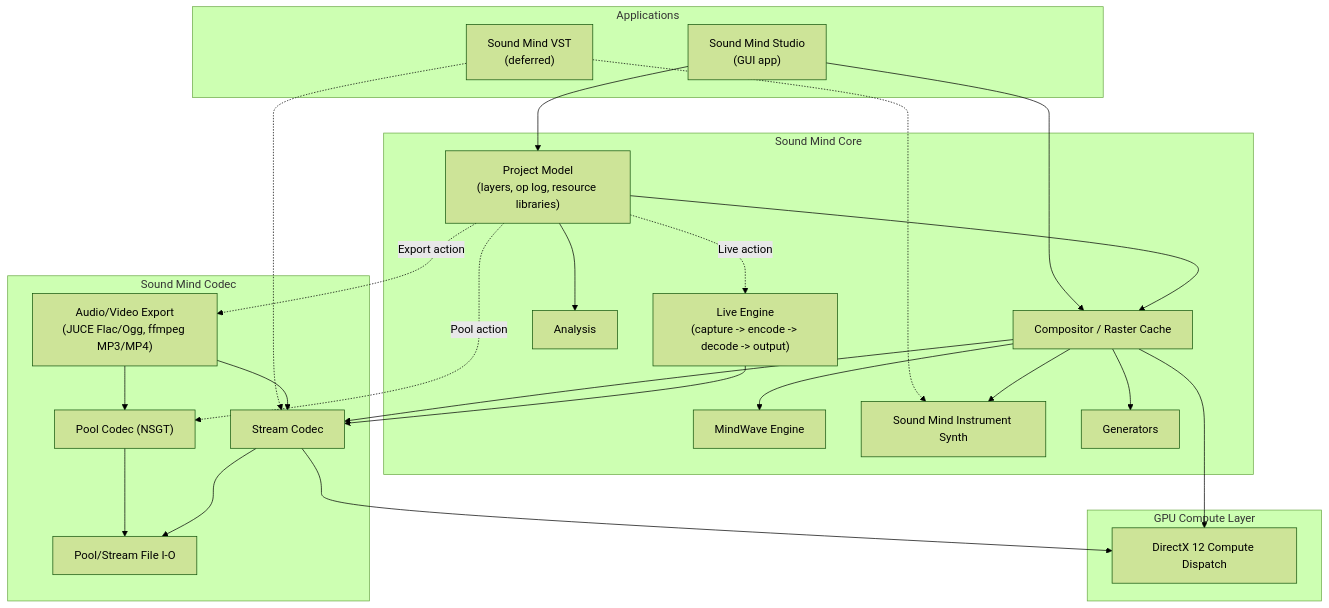
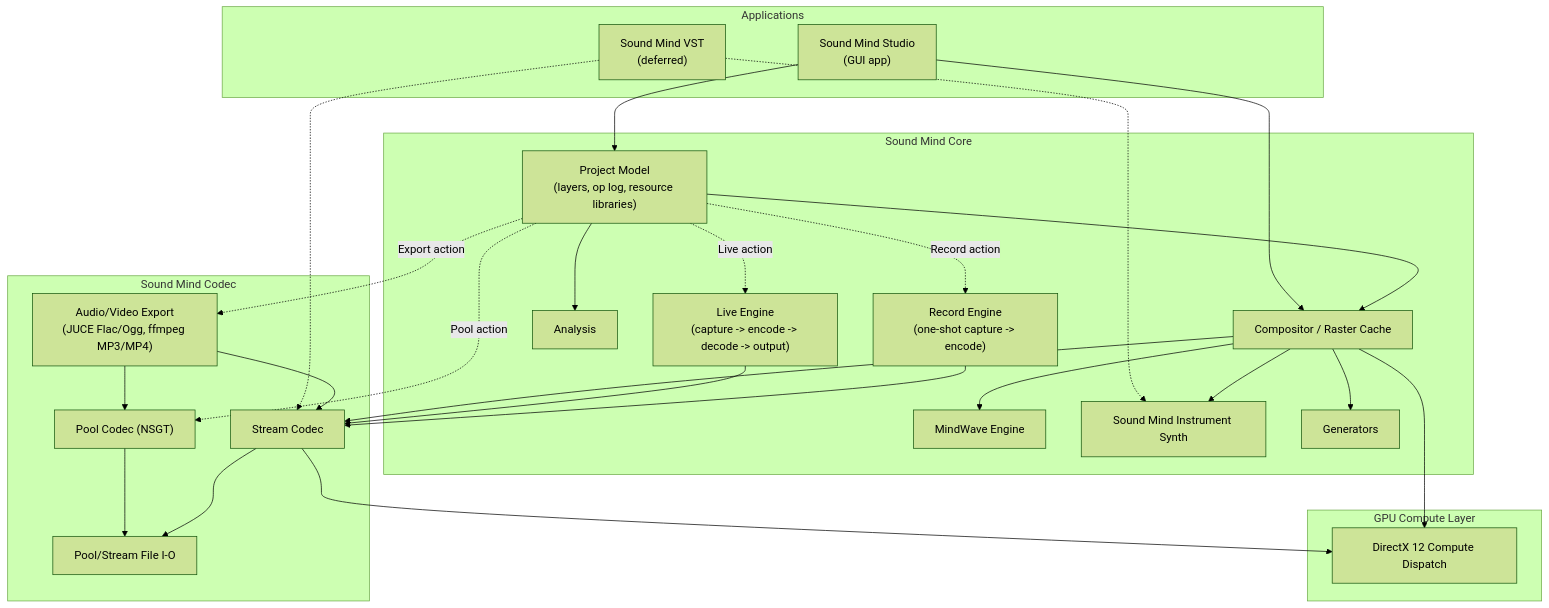
Before and after one commit to TheWalruss/sound-mind-2: the first of 3 diagrams in docs/sound-mind-architecture.md, drawn with Mermaid (forest theme). The commit also changed other lines of this file and 12 other files, not shown here.

````diff
--- a/docs/sound-mind-architecture.md
+++ b/docs/sound-mind-architecture.md
@@ -27,51 +27,54 @@
 ```mermaid
 flowchart TB
     subgraph Apps["Applications"]
         Studio["Sound Mind Studio<br/>(GUI app)"]
         VSTApp["Sound Mind VST<br/>(deferred)"]
     end
 
     subgraph Core["Sound Mind Core"]
         ProjectModel["Project Model<br/>(layers, op log, resource libraries)"]
         Compositor["Compositor / Raster Cache"]
         MindWaveEngine["MindWave Engine"]
         InstrumentEngine["Sound Mind Instrument Synth"]
         Generators["Generators"]
         Analysis["Analysis"]
         LiveEngine["Live Engine<br/>(capture -> encode -> decode -> output)"]
+        RecordEngine["Record Engine<br/>(one-shot capture -> encode)"]
     end
 
     subgraph Codec["Sound Mind Codec"]
         Pool["Pool Codec (NSGT)"]
         Stream["Stream Codec"]
         FormatIO["Pool/Stream File I-O"]
         Export["Audio/Video Export<br/>(JUCE Flac/Ogg, ffmpeg MP3/MP4)"]
     end
 
     subgraph GPUL["GPU Compute Layer"]
         DX12["DirectX 12 Compute Dispatch"]
     end
 
     Studio --> ProjectModel
     Studio --> Compositor
     VSTApp -.-> Stream
     VSTApp -.-> InstrumentEngine
 
     ProjectModel --> Compositor
     Compositor --> MindWaveEngine
     Compositor --> InstrumentEngine
     Compositor --> Generators
     ProjectModel --> Analysis
     Compositor --> Stream
     ProjectModel -. "Pool" action .-> Pool
     Pool --> FormatIO
     Stream --> FormatIO
     ProjectModel -. "Export" action .-> Export
     Export --> Pool
     Export --> Stream
     ProjectModel -. "Live" action .-> LiveEngine
     LiveEngine --> Stream
+    ProjectModel -. "Record" action .-> RecordEngine
+    RecordEngine --> Stream
 
     Stream --> DX12
     Compositor --> DX12
 ```
````
